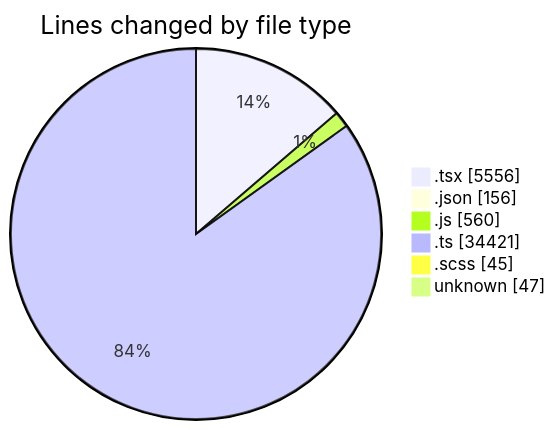
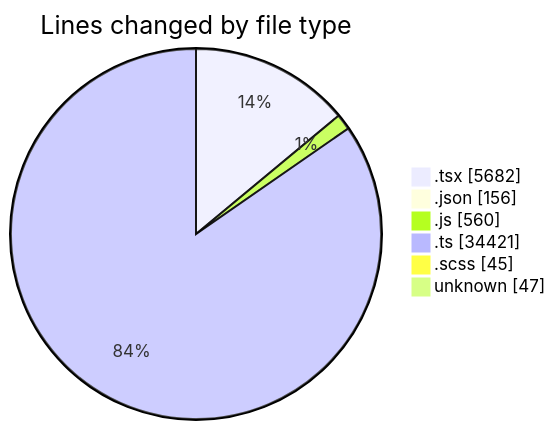
One commit to momahboobian/code-tracking changed the first of 2 diagrams in 2025-11-10/cda/README.md. Above: the diagram before and after it, drawn with Mermaid. The commit also changed other lines of this file and 1 other file, not shown here.

````diff
--- a/2025-11-10/cda/README.md
+++ b/2025-11-10/cda/README.md
@@ -47,10 +47,10 @@
 ```mermaid
 pie showData
 title Lines changed by file type
-".tsx" : 5556
+".tsx" : 5682
 ".json" : 156
 ".js" : 560
 ".ts" : 34421
 ".scss" : 45
 "unknown" : 47
 ```
````
